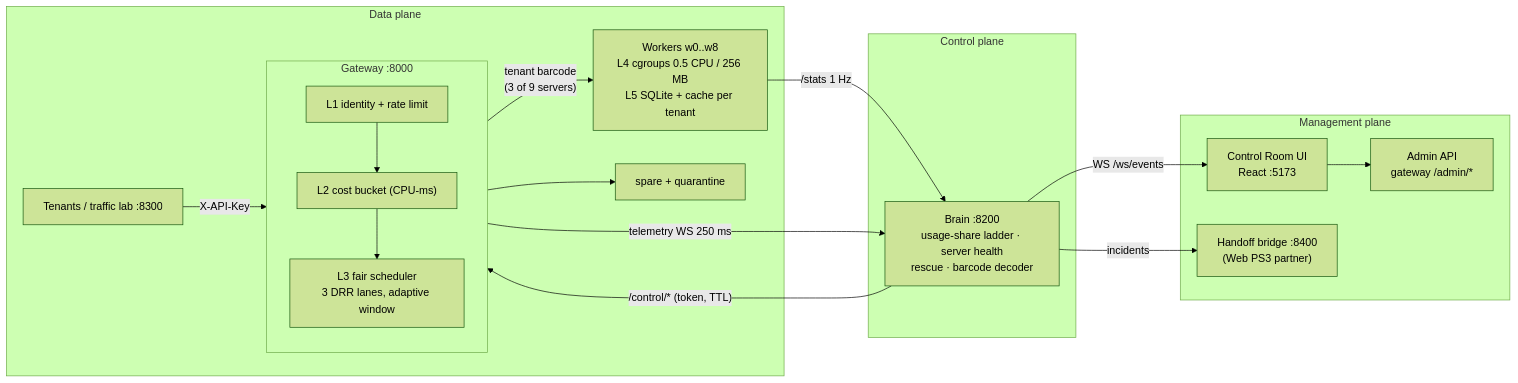
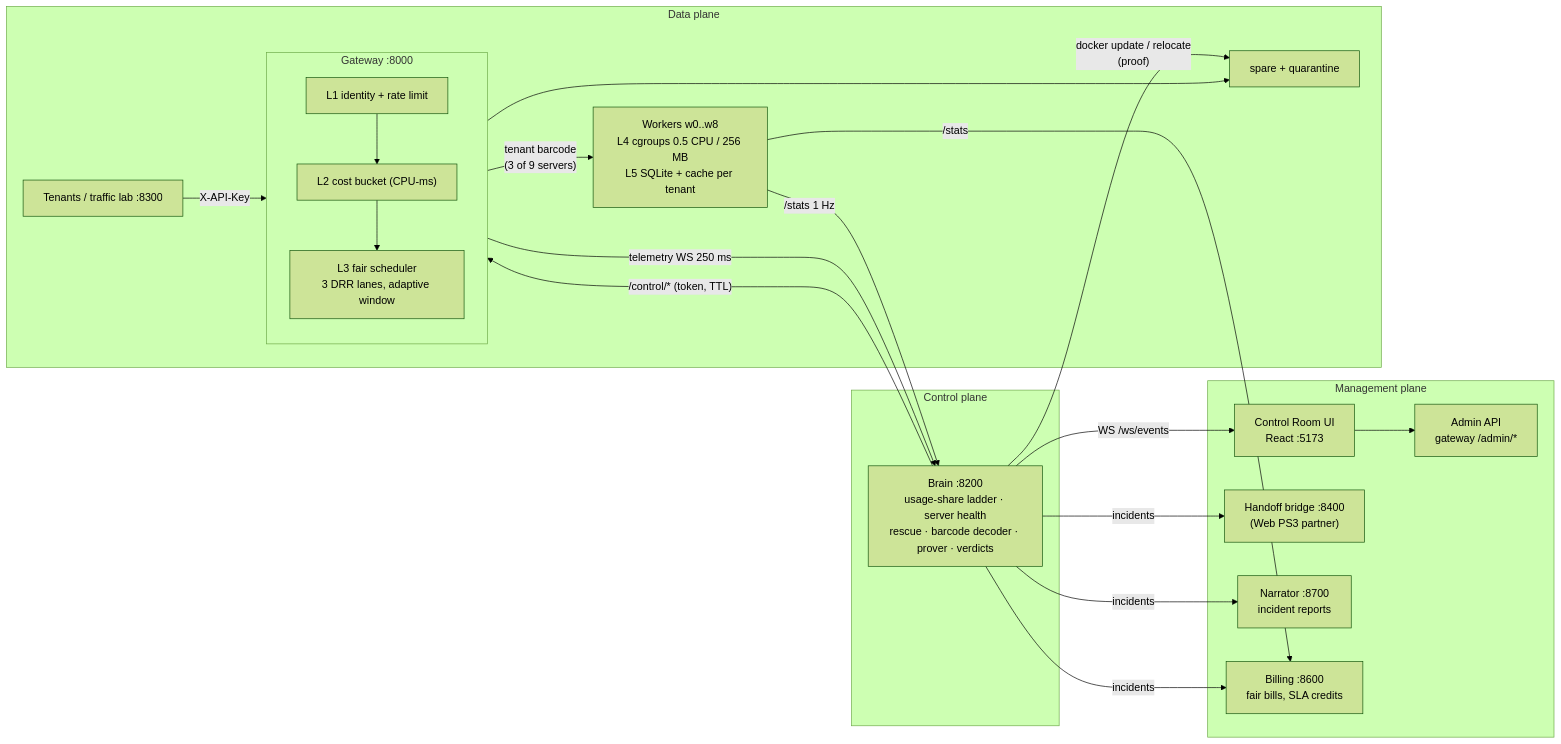
The diagram in README.md (yashodeepchaudhari/tenantguard), drawn with Mermaid (forest theme) before and after one commit. The commit also changed other lines of this file and 4 other files, not shown here.

Commit message:
Docs: README, submission, setup and architecture describe the final master with the measured scorecard

````diff
--- a/README.md
+++ b/README.md
@@ -19,26 +19,30 @@
 ```mermaid
 flowchart LR
   subgraph MGMT["Management plane"]
     UI["Control Room UI<br/>React :5173"]
     ADMIN["Admin API<br/>gateway /admin/*"]
     HO["Handoff bridge :8400<br/>(Web PS3 partner)"]
+    NA["Narrator :8700<br/>incident reports"]
+    BI["Billing :8600<br/>fair bills, SLA credits"]
   end
   subgraph DATA["Data plane"]
     CL["Tenants / traffic lab :8300"] -->|"X-API-Key"| GW
     subgraph GW["Gateway :8000"]
       direction TB
       L1["L1 identity + rate limit"] --> L2["L2 cost bucket (CPU-ms)"] --> L3["L3 fair scheduler<br/>3 DRR lanes, adaptive window"]
     end
     GW -->|"tenant barcode<br/>(3 of 9 servers)"| W["Workers w0..w8<br/>L4 cgroups 0.5 CPU / 256 MB<br/>L5 SQLite + cache per tenant"]
     GW --> SP["spare + quarantine"]
   end
   subgraph CTRL["Control plane"]
-    BR["Brain :8200<br/>usage-share ladder · server health<br/>rescue · barcode decoder"]
+    BR["Brain :8200<br/>usage-share ladder · server health<br/>rescue · barcode decoder · prover · verdicts"]
   end
   GW -- "telemetry WS 250 ms" --> BR
   W -- "/stats 1 Hz" --> BR
   BR -- "/control/* (token, TTL)" --> GW
   BR -- "WS /ws/events" --> UI
-  BR -- "incidents" --> HO
+  BR -- "incidents" --> HO & NA & BI
+  W -- "/stats" --> BI
+  BR -- "docker update / relocate<br/>(proof)" --> SP
   UI --> ADMIN
 ```
````
